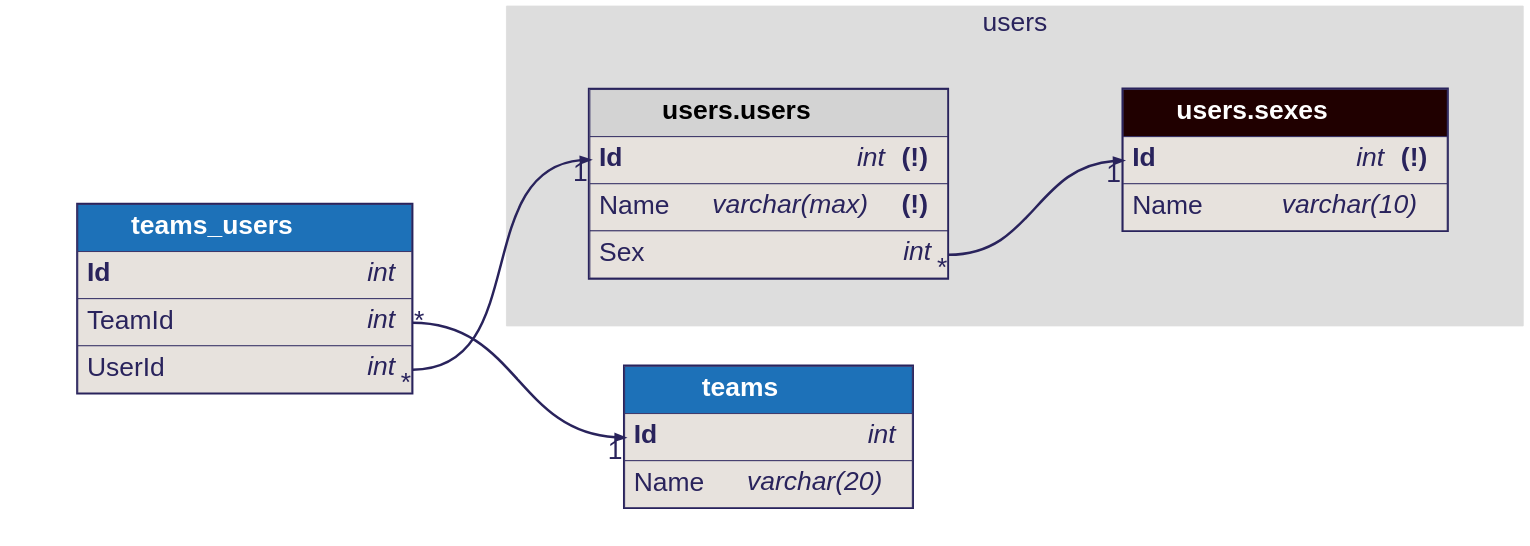
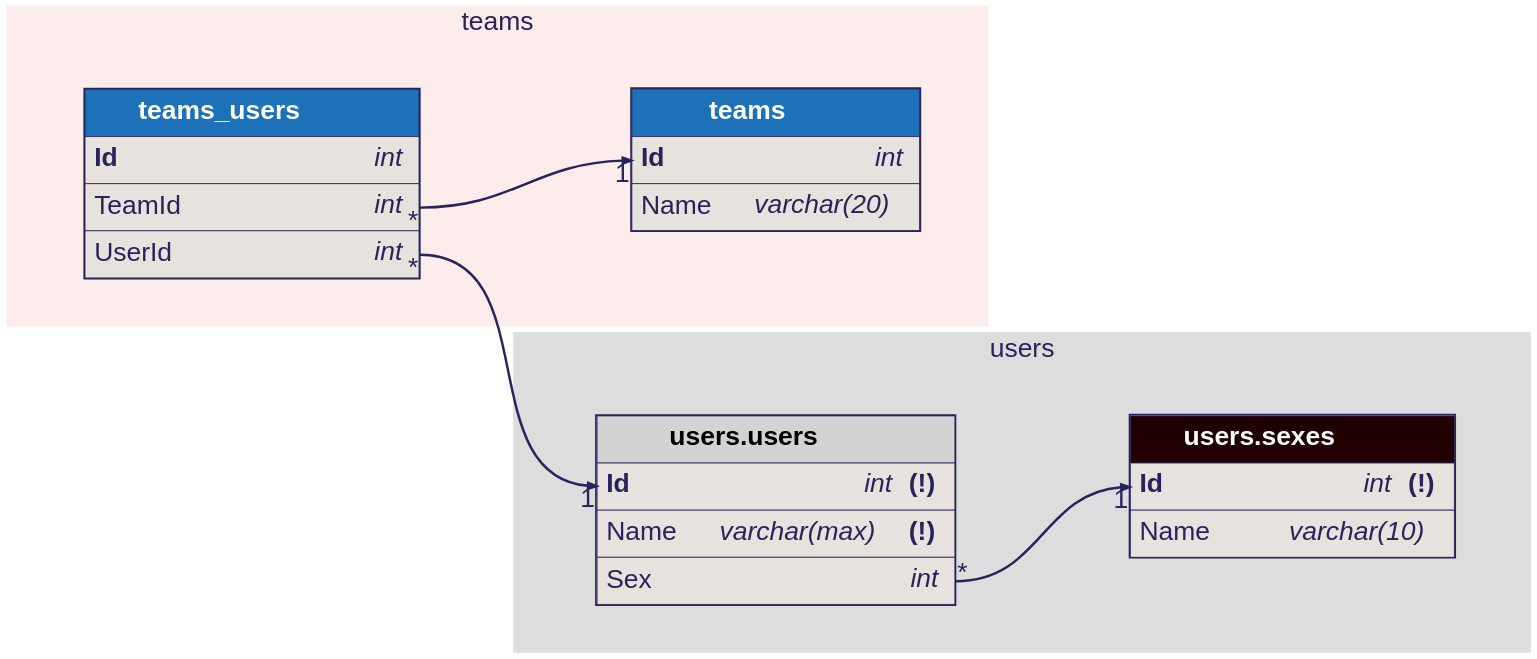
One commit to softwaretechnik-berlin/dbml-renderer changed the diagram in examples/advanced_dbml.dbml.dot. Above: the diagram before and after it, drawn with Graphviz. The commit also changed 12 other files, not shown here.

```diff
--- a/examples/advanced_dbml.dbml.dot
+++ b/examples/advanced_dbml.dbml.dot
@@ -1,113 +1,120 @@
 digraph dbml {
       rankdir=LR;
       graph [fontname="helvetica", fontsize=32, fontcolor="#29235c", bgcolor="transparent"];
       node [penwidth=0, margin=0, fontname="helvetica", fontsize=32, fontcolor="#29235c"];
       edge [fontname="helvetica", fontsize=32, fontcolor="#29235c", color="#29235c"];
 
       
       subgraph cluster_users {
       label="users"
       style=filled;
       color="#dddddd";
 
       "users.users" [id="users.users";label=<<TABLE BORDER="2" COLOR="#29235c" CELLBORDER="1" CELLSPACING="0" CELLPADDING="10">
       <TR><TD PORT="f0" BGCOLOR="#D3D3D3"><FONT COLOR="#000000"><B>       users.users       </B></FONT></TD></TR>
 <TR><TD ALIGN="LEFT" PORT="f1" BGCOLOR="#e7e2dd">
       <TABLE CELLPADDING="0" CELLSPACING="0" BORDER="0">
         <TR>
           <TD ALIGN="LEFT"><B>Id</B>    </TD>
           <TD ALIGN="RIGHT"><FONT><I>int</I> <B>(!)</B></FONT></TD>
         </TR>
       </TABLE>
     </TD></TR>
 <TR><TD ALIGN="LEFT" PORT="f2" BGCOLOR="#e7e2dd">
       <TABLE CELLPADDING="0" CELLSPACING="0" BORDER="0">
         <TR>
           <TD ALIGN="LEFT">Name    </TD>
           <TD ALIGN="RIGHT"><FONT><I>varchar(max)</I> <B>(!)</B></FONT></TD>
         </TR>
       </TABLE>
     </TD></TR>
 <TR><TD ALIGN="LEFT" PORT="f3" BGCOLOR="#e7e2dd">
       <TABLE CELLPADDING="0" CELLSPACING="0" BORDER="0">
         <TR>
           <TD ALIGN="LEFT">Sex    </TD>
           <TD ALIGN="RIGHT"><FONT><I>int</I></FONT></TD>
         </TR>
       </TABLE>
     </TD></TR>
     </TABLE>>];
 "users.sexes" [id="users.sexes";tooltip="users.sexes\nMale or female";label=<<TABLE BORDER="2" COLOR="#29235c" CELLBORDER="1" CELLSPACING="0" CELLPADDING="10">
       <TR><TD PORT="f0" BGCOLOR="#200000"><FONT COLOR="#ffffff"><B>       users.sexes       </B></FONT></TD></TR>
 <TR><TD ALIGN="LEFT" PORT="f1" BGCOLOR="#e7e2dd">
       <TABLE CELLPADDING="0" CELLSPACING="0" BORDER="0">
         <TR>
           <TD ALIGN="LEFT"><B>Id</B>    </TD>
           <TD ALIGN="RIGHT"><FONT><I>int</I> <B>(!)</B></FONT></TD>
         </TR>
       </TABLE>
     </TD></TR>
 <TR><TD ALIGN="LEFT" PORT="f2" BGCOLOR="#e7e2dd">
       <TABLE CELLPADDING="0" CELLSPACING="0" BORDER="0">
         <TR>
           <TD ALIGN="LEFT">Name    </TD>
           <TD ALIGN="RIGHT"><FONT><I>varchar(10)</I></FONT></TD>
         </TR>
       </TABLE>
     </TD></TR>
     </TABLE>>];
     }
+subgraph cluster_teams {
+      label="teams"
+      style=filled;
+      color="#fcecec";
+
       "teams" [id="teams";label=<<TABLE BORDER="2" COLOR="#29235c" CELLBORDER="1" CELLSPACING="0" CELLPADDING="10">
       <TR><TD PORT="f0" BGCOLOR="#1d71b8"><FONT COLOR="#ffffff"><B>       teams       </B></FONT></TD></TR>
 <TR><TD ALIGN="LEFT" PORT="f1" BGCOLOR="#e7e2dd">
       <TABLE CELLPADDING="0" CELLSPACING="0" BORDER="0">
         <TR>
           <TD ALIGN="LEFT"><B>Id</B>    </TD>
           <TD ALIGN="RIGHT"><FONT><I>int</I></FONT></TD>
         </TR>
       </TABLE>
     </TD></TR>
 <TR><TD ALIGN="LEFT" PORT="f2" BGCOLOR="#e7e2dd">
       <TABLE CELLPADDING="0" CELLSPACING="0" BORDER="0">
         <TR>
           <TD ALIGN="LEFT">Name    </TD>
           <TD ALIGN="RIGHT"><FONT><I>varchar(20)</I></FONT></TD>
         </TR>
       </TABLE>
     </TD></TR>
     </TABLE>>];
 "teams_users" [id="teams_users";label=<<TABLE BORDER="2" COLOR="#29235c" CELLBORDER="1" CELLSPACING="0" CELLPADDING="10">
       <TR><TD PORT="f0" BGCOLOR="#1d71b8"><FONT COLOR="#ffffff"><B>       teams_users       </B></FONT></TD></TR>
 <TR><TD ALIGN="LEFT" PORT="f1" BGCOLOR="#e7e2dd">
       <TABLE CELLPADDING="0" CELLSPACING="0" BORDER="0">
         <TR>
           <TD ALIGN="LEFT"><B>Id</B>    </TD>
           <TD ALIGN="RIGHT"><FONT><I>int</I></FONT></TD>
         </TR>
       </TABLE>
     </TD></TR>
 <TR><TD ALIGN="LEFT" PORT="f2" BGCOLOR="#e7e2dd">
       <TABLE CELLPADDING="0" CELLSPACING="0" BORDER="0">
         <TR>
           <TD ALIGN="LEFT">TeamId    </TD>
           <TD ALIGN="RIGHT"><FONT><I>int</I></FONT></TD>
         </TR>
       </TABLE>
     </TD></TR>
 <TR><TD ALIGN="LEFT" PORT="f3" BGCOLOR="#e7e2dd">
       <TABLE CELLPADDING="0" CELLSPACING="0" BORDER="0">
         <TR>
           <TD ALIGN="LEFT">UserId    </TD>
           <TD ALIGN="RIGHT"><FONT><I>int</I></FONT></TD>
         </TR>
       </TABLE>
     </TD></TR>
     </TABLE>>];
+    }
+      
       "users.users":f0 -> "users.sexes":f0 [style=invis, weight=100, color=red]
     "users.users":f3:e -> "users.sexes":f1:w [dir=forward, penwidth=3, color="#29235c", headlabel="1", taillabel="*"]
 "teams_users":f0 -> "teams":f0 [style=invis, weight=100, color=red]
     "teams_users":f2:e -> "teams":f1:w [dir=forward, penwidth=3, color="#29235c", headlabel="1", taillabel="*"]
 "teams_users":f0 -> "users.users":f0 [style=invis, weight=100, color=red]
     "teams_users":f3:e -> "users.users":f1:w [dir=forward, penwidth=3, color="#29235c", headlabel="1", taillabel="*"]
       
     }
```
